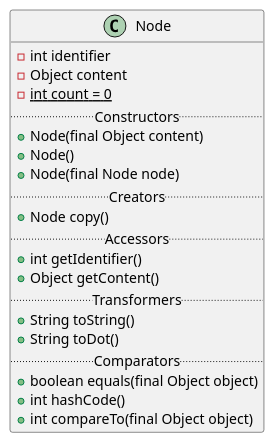
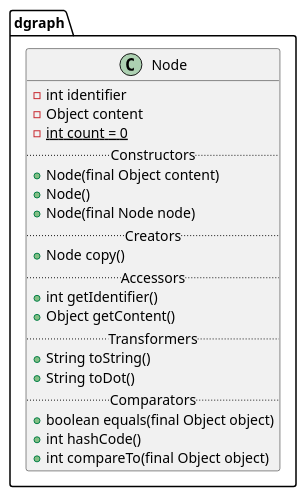
Before and after one commit to thegalactic/java-lattices: the diagram in src/dgraph/Node.iuml, drawn with PlantUML. The commit also changed other lines of this file and 30 other files, not shown here.

Commit message:
Finish UML graphs

```diff
--- a/src/dgraph/Node.iuml
+++ b/src/dgraph/Node.iuml
@@ -1,21 +1,23 @@
-class Node {
-	-int identifier
-    -Object content
-    -{static} int count = 0
-	.. Constructors ..
-    +Node(final Object content)
-    +Node()
-    +Node(final Node node)
-	.. Creators ..
-    +Node copy()
-	.. Accessors ..
-    +int getIdentifier()
-    +Object getContent()
-	.. Transformers ..
-    +String toString()
-    +String toDot()
-	.. Comparators ..
-    +boolean equals(final Object object)
-    +int hashCode()
-    +int compareTo(final Object object)
+package dgraph {
+    class Node {
+        -int identifier
+        -Object content
+        -{static} int count = 0
+        .. Constructors ..
+        +Node(final Object content)
+        +Node()
+        +Node(final Node node)
+        .. Creators ..
+        +Node copy()
+        .. Accessors ..
+        +int getIdentifier()
+        +Object getContent()
+        .. Transformers ..
+        +String toString()
+        +String toDot()
+        .. Comparators ..
+        +boolean equals(final Object object)
+        +int hashCode()
+        +int compareTo(final Object object)
+    }
 }
```
